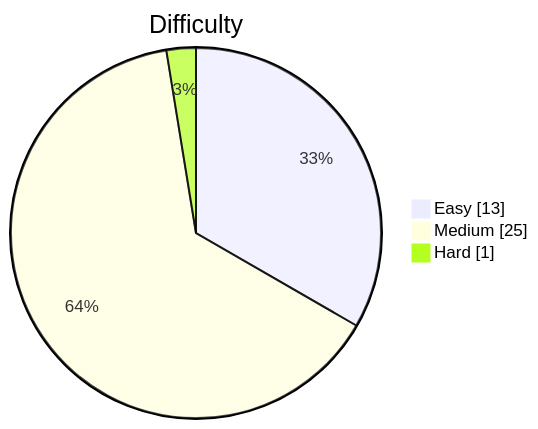
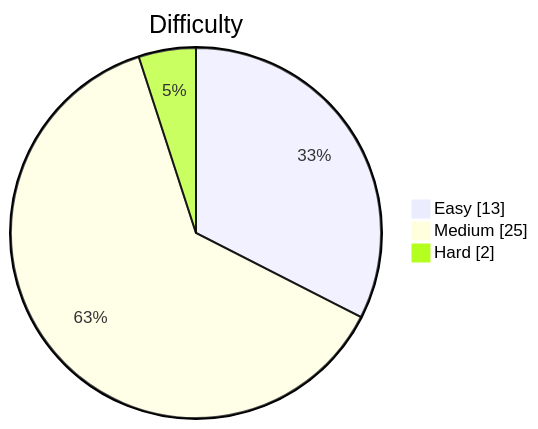
Before and after one commit to kevstevie/python-algo-practice: the diagram in README.md, drawn with Mermaid. The commit also changed other lines of this file, not shown here.

````diff
--- a/README.md
+++ b/README.md
@@ -13,7 +13,7 @@
 ```mermaid
 pie showData
     title Difficulty
     "Easy"   : 13
     "Medium" : 25
-    "Hard"   : 1
+    "Hard"   : 2
 ```
````
